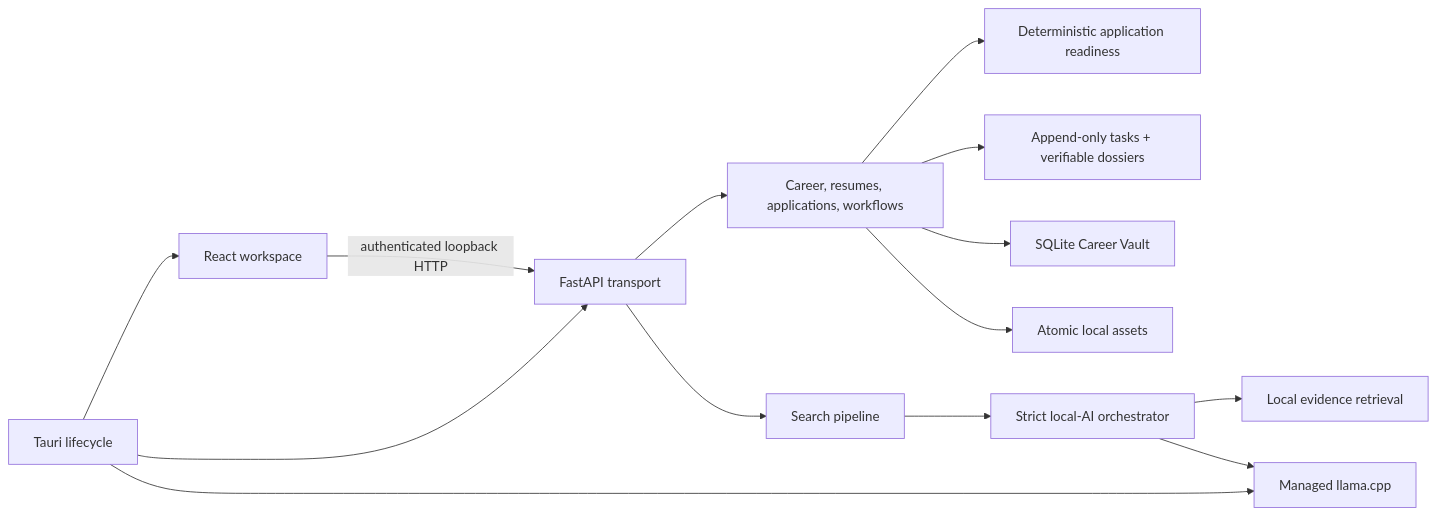
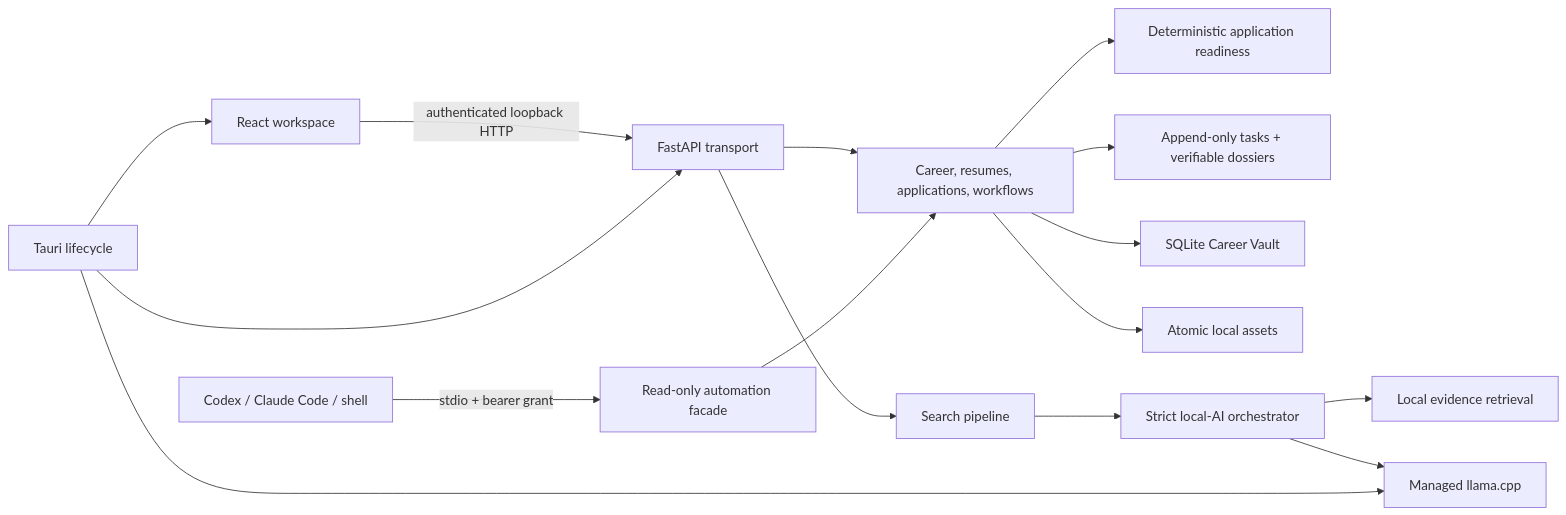
The diagram in docs/architecture.md (ejupi-djenis30/careeros-local), drawn with Mermaid before and after one commit. The commit also changed other lines of this file and 48 other files, not shown here.

````diff
--- a/docs/architecture.md
+++ b/docs/architecture.md
@@ -6,16 +6,18 @@
 ```mermaid
 flowchart LR
   UI["React workspace"] -->|"authenticated loopback HTTP"| API["FastAPI transport"]
   API --> DOMAIN["Career, resumes, applications, workflows"]
   DOMAIN --> READY["Deterministic application readiness"]
   DOMAIN --> DOSSIER["Append-only tasks + verifiable dossiers"]
   DOMAIN --> DB["SQLite Career Vault"]
   DOMAIN --> FILES["Atomic local assets"]
+  CLIENT["Codex / Claude Code / shell"] -->|"stdio + bearer grant"| AUTOMATION["Read-only automation facade"]
+  AUTOMATION --> DOMAIN
   API --> SEARCH["Search pipeline"]
   SEARCH --> AI["Strict local-AI orchestrator"]
   AI --> RETRIEVAL["Local evidence retrieval"]
   AI --> RUNTIME["Managed llama.cpp"]
   SHELL["Tauri lifecycle"] --> UI
   SHELL --> API
   SHELL --> RUNTIME
 ```
````
